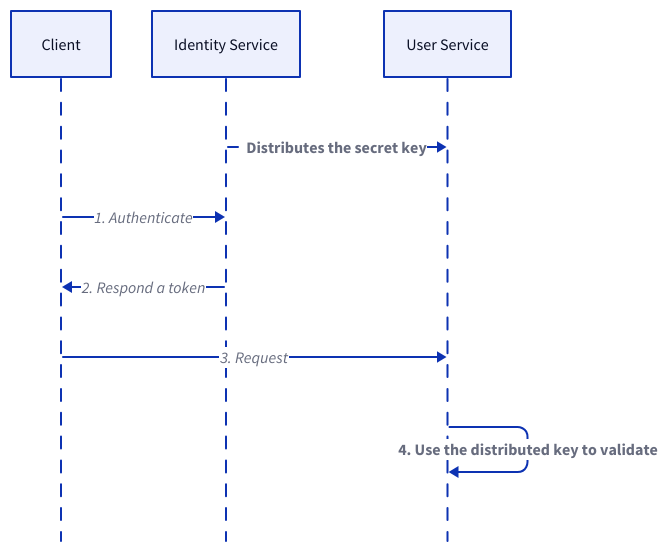
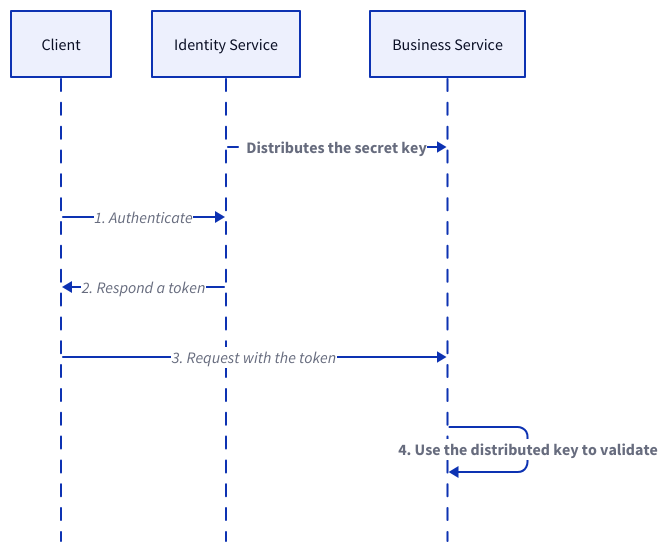
Before and after one commit to link1905/system-design-101: the fourth of 26 diagrams in content/docs/system-administration/system-protection/iam.md, drawn with D2. The commit also changed other lines of this file and 21 other files, not shown here.

````diff
--- a/content/docs/system-administration/system-protection/iam.md
+++ b/content/docs/system-administration/system-protection/iam.md
@@ -191,23 +197,23 @@
 ```d2
 shape: sequence_diagram
 c: Client {
     class: client
 }
 a: Identity Service {
     class: server
 }
-o: User Service {
+o: Business Service {
     class: server
 }
 
 a -> o: Distributes the secret key {
     style.animated: true
     style.bold: true
 }
 c -> a: 1. Authenticate
 a -> c: 2. Respond a token
-c -> o: 3. Request
+c -> o: 3. Request with the token
 o -> o: 4. Use the distributed key to validate {
     style.bold: true
 }
 ```
````
